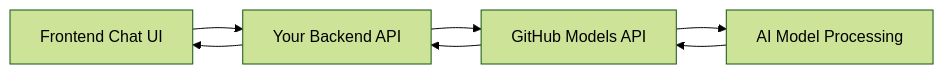
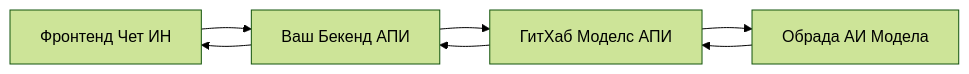
The fourth of 14 diagrams in translations/sr/9-chat-project/README.md (microsoft/Web-Dev-For-Beginners), drawn with Mermaid (forest theme) before and after one commit. The commit also changed other lines of this file and 99 other files, not shown here.

````diff
--- a/translations/sr/9-chat-project/README.md
+++ b/translations/sr/9-chat-project/README.md
@@ -69,9 +129,9 @@
 ```mermaid
 graph LR
-    A[Frontend Chat UI] --> B[Your Backend API]
-    B --> C[GitHub Models API]
-    C --> D[AI Model Processing]
+    A[Фронтенд Чет ИН] --> B[Ваш Бекенд АПИ]
+    B --> C[ГитХаб Моделс АПИ]
+    C --> D[Обрада АИ Модела]
     D --> C
     C --> B
     B --> A
 ```
````
